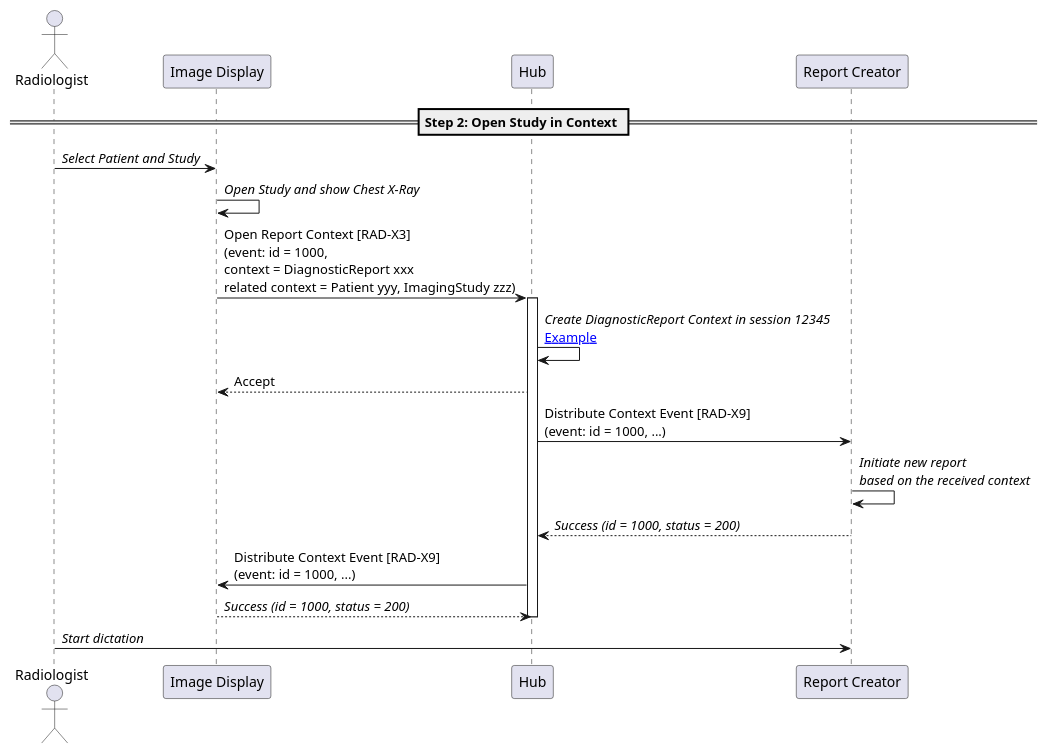
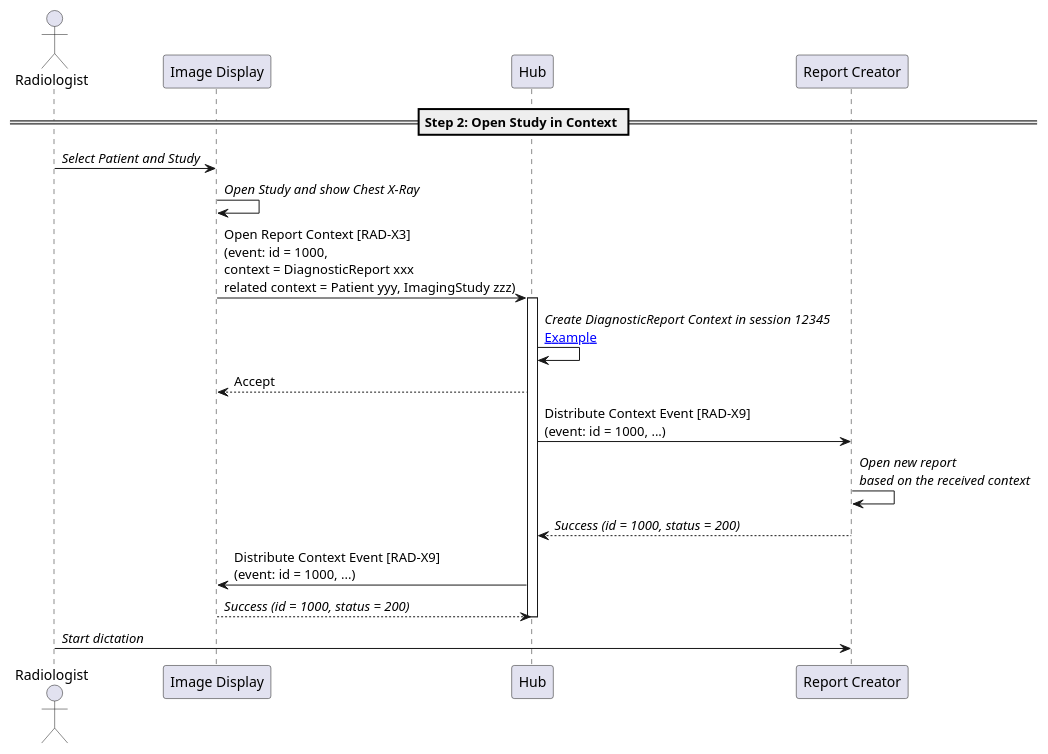
One commit to IHE/RAD.IRA changed the diagram in input/images-source/step2-open-study-in-context.plantuml. Above: the diagram before and after it, drawn with PlantUML. The commit also changed 11 other files, not shown here.

Commit message:
Change 'initiate' and 'terminate' of report context to 'open' and 'close'.

```diff
--- a/input/images-source/step2-open-study-in-context.plantuml
+++ b/input/images-source/step2-open-study-in-context.plantuml
@@ -1,29 +1,29 @@
 @startuml
 
 actor Radiologist as User
 participant "Image Display" as PACS
 participant "Hub" as Hub
 participant "Report Creator" as Report
 
 == Step 2: Open Study in Context ==
 
 User->PACS: //Select Patient and Study//
 PACS->PACS: //Open Study and show Chest X-Ray//
 
 PACS->Hub: Open Report Context [RAD-X3]\n(event: id = 1000,\ncontext = DiagnosticReport xxx\nrelated context = Patient yyy, ImagingStudy zzz)
 activate Hub
 
 Hub->Hub: //Create DiagnosticReport Context in session 12345//\n[[open_study_for_reporting.html#available-context-and-content-in-hub Example]]
 Hub-->PACS: Accept
 
 Hub->Report: Distribute Context Event [RAD-X9]\n(event: id = 1000, ...)
-Report->Report: //Initiate new report//\n//based on the received context//
+Report->Report: //Open new report//\n//based on the received context//
 Report-->Hub: //Success (id = 1000, status = 200)//
 
 Hub->PACS: Distribute Context Event [RAD-X9]\n(event: id = 1000, ...)
 PACS-->Hub: //Success (id = 1000, status = 200)//
 deactivate Hub
 
 User->Report: //Start dictation//
 
 @enduml
```
